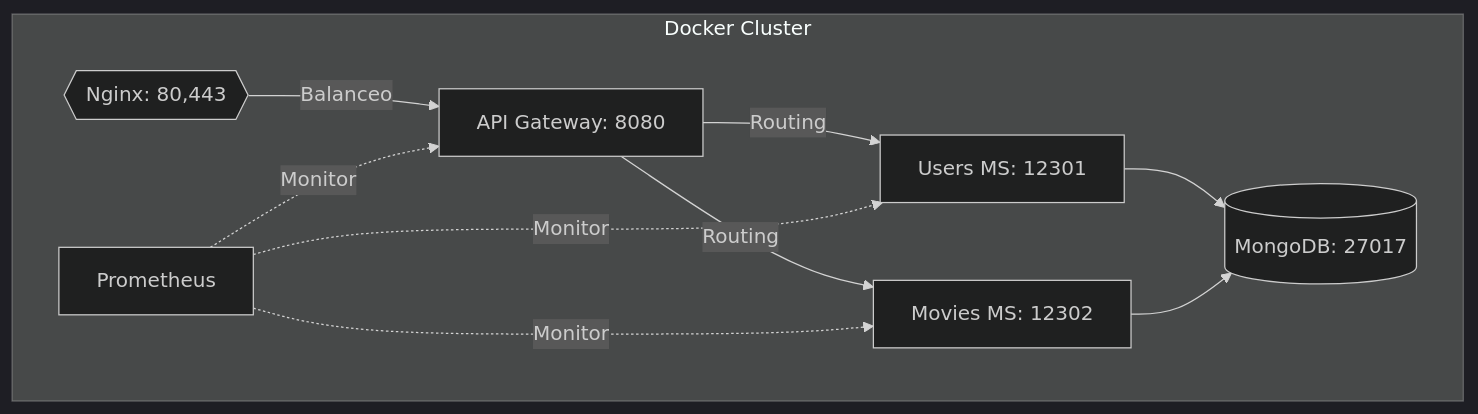
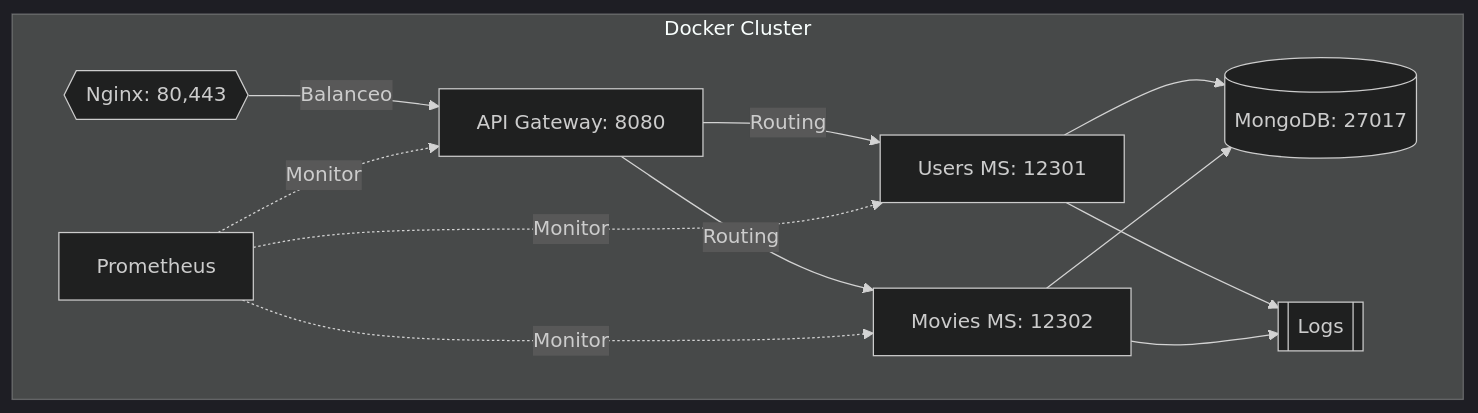
One commit to imeshinnovation/proyecto_ddd changed the second of 2 diagrams in README.md. Above: the diagram before and after it, drawn with Mermaid (dark theme). The commit also changed other lines of this file, not shown here.

Commit message:
Update repo

````diff
--- a/README.md
+++ b/README.md
@@ -37,20 +37,23 @@
 ```mermaid
 graph TD
     subgraph Docker Cluster
         A[API Gateway: 8080]
         B[Users MS: 12301]
         C[Movies MS: 12302]
         D[(MongoDB: 27017)]
         F{{Nginx: 80,443}}
         G[Prometheus]
+        H[[Logs]]
         
         F -->|Balanceo| A
         A -->|Routing| B
         A -->|Routing| C
         B --> D
         C --> D
+        B --> H
+        C --> H
         G -.->|Monitor| A
         G -.->|Monitor| B
         G -.->|Monitor| C
     end
 ```
````
